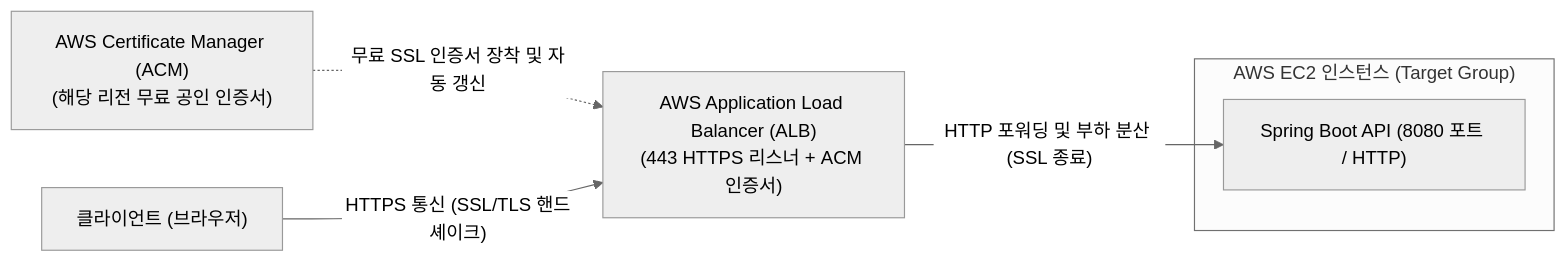
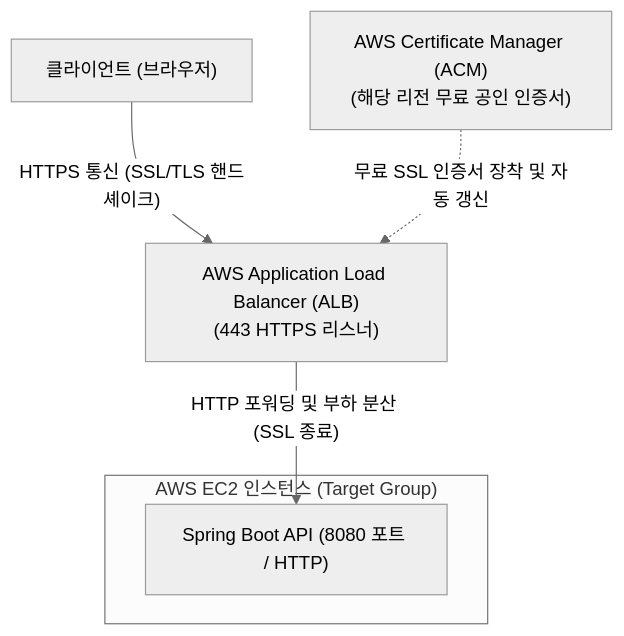
Before and after one commit to likelion-backend-25th/22-project-sns: the fourth of 4 diagrams in guide/04.challenge.md, drawn with Mermaid (neutral theme). The commit also changed other lines of this file, not shown here.

````diff
--- a/guide/04.challenge.md
+++ b/guide/04.challenge.md
@@ -312,14 +313,13 @@
 ```mermaid
-graph LR
-    Client["클라이언트 (브라우저)"]
+flowchart TD
     ACM["AWS Certificate Manager (ACM)<br/>(해당 리전 무료 공인 인증서)"]
-    ALB["AWS Application Load Balancer (ALB)<br/>(443 HTTPS 리스너 + ACM 인증서)"]
+
+    Client["클라이언트 (브라우저)"] -->|"HTTPS 통신 (SSL/TLS 핸드셰이크)"| ALB["AWS Application Load Balancer (ALB)<br/>(443 HTTPS 리스너)"]
 
     subgraph EC2["AWS EC2 인스턴스 (Target Group)"]
         SpringBoot["Spring Boot API (8080 포트 / HTTP)"]
     end
 
     ACM -.->|"무료 SSL 인증서 장착 및 자동 갱신"| ALB
-    Client -->|"HTTPS 통신 (SSL/TLS 핸드셰이크)"| ALB
     ALB -->|"HTTP 포워딩 및 부하 분산 (SSL 종료)"| SpringBoot
 ```
````
